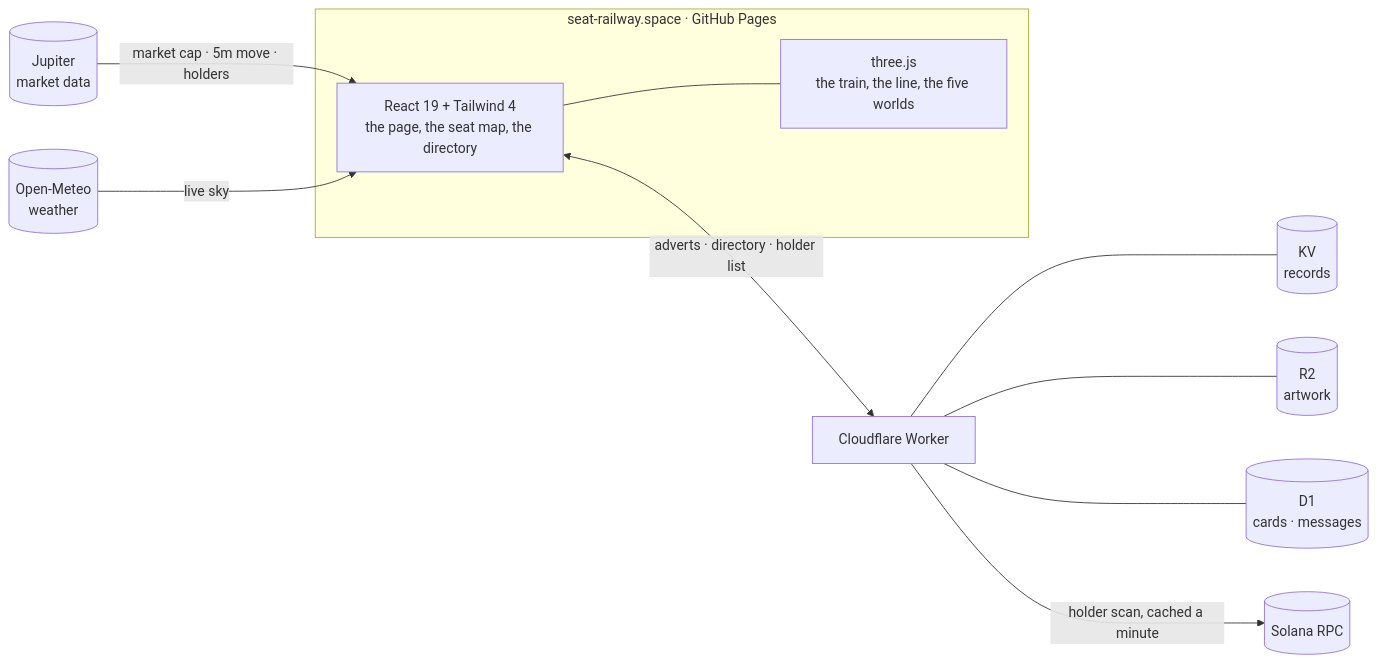
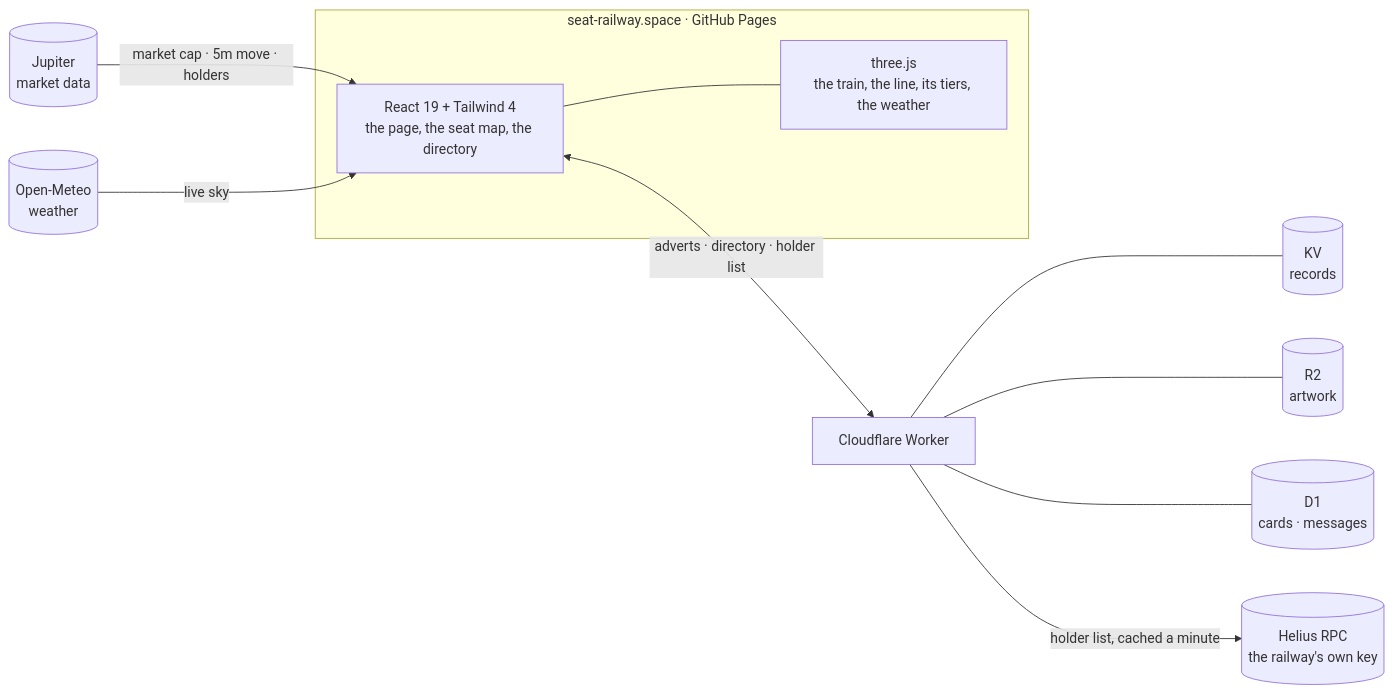
The diagram in README.md (DOGECOIN87/seat-railway), drawn with Mermaid before and after one commit. The commit also changed other lines of this file and 24 other files, not shown here.

First line of the commit message:
Docs, version 2: Runaway, the line's tiers, weather, the train's own seats

````diff
--- a/README.md
+++ b/README.md
@@ -255,15 +323,15 @@
 ```mermaid
 flowchart LR
     subgraph Browser["seat-railway.space · GitHub Pages"]
         UI["React 19 + Tailwind 4<br/>the page, the seat map, the directory"]
-        GL["three.js<br/>the train, the line, the five worlds"]
+        GL["three.js<br/>the train, the line, its tiers, the weather"]
         UI --- GL
     end
     JUP[("Jupiter<br/>market data")] -->|"market cap · 5m move · holders"| UI
     OM[("Open-Meteo<br/>weather")] -->|"live sky"| UI
     UI <-->|"adverts · directory · holder list"| W["Cloudflare Worker"]
     W --- KV[("KV<br/>records")]
     W --- R2[("R2<br/>artwork")]
     W --- D1[("D1<br/>cards · messages")]
-    W -->|"holder scan, cached a minute"| RPC[("Solana RPC")]
+    W -->|"holder list, cached a minute"| RPC[("Helius RPC<br/>the railway's own key")]
 ```
````
